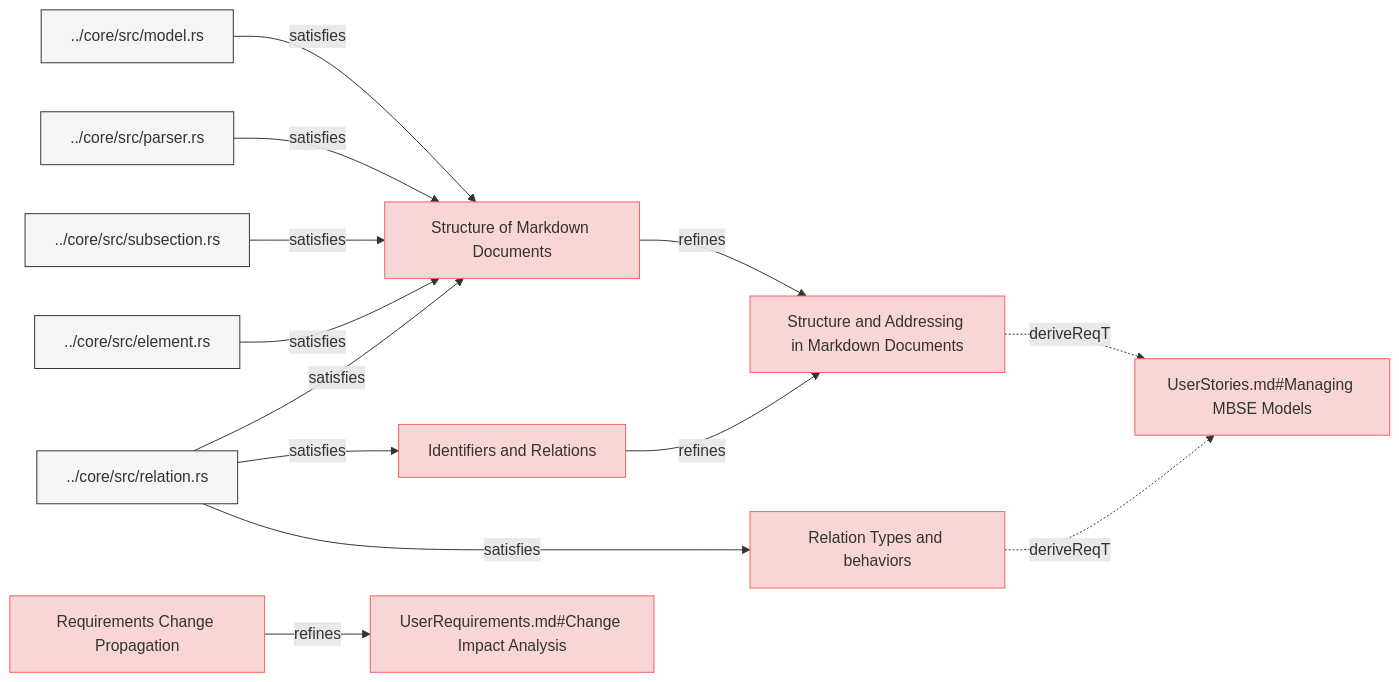
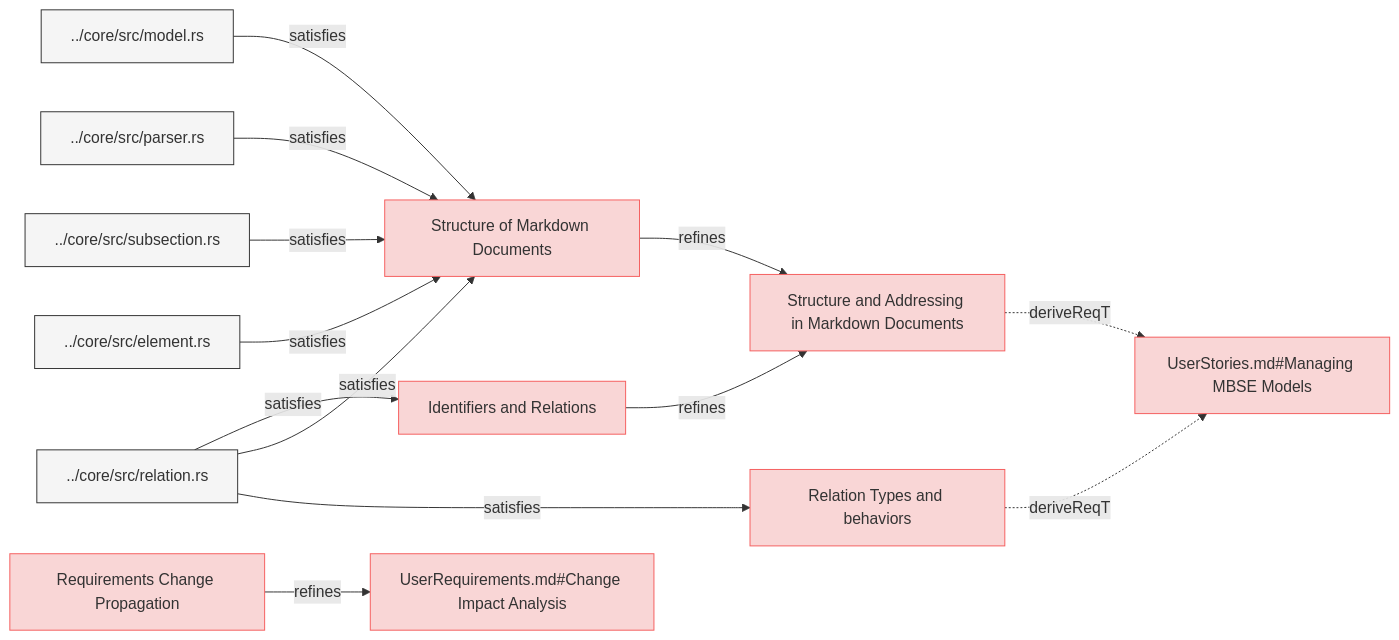
The first of 3 diagrams in specifications/SpecificationsRequirements.md (reqvire-org/reqvire), drawn with Mermaid before and after one commit. The commit also changed 16 other files, not shown here.

````diff
--- a/specifications/SpecificationsRequirements.md
+++ b/specifications/SpecificationsRequirements.md
@@ -4,57 +4,57 @@
 ```mermaid
 graph LR;
   %% Graph styling
   classDef requirement fill:#f9d6d6,stroke:#f55f5f,stroke-width:1px;
   classDef verification fill:#d6f9d6,stroke:#5fd75f,stroke-width:1px;
   classDef externalLink fill:#d0e0ff,stroke:#3080ff,stroke-width:1px;
   classDef default fill:#f5f5f5,stroke:#333333,stroke-width:1px;
 
-  a9d2746640af5d30["Structure and Addressing in Markdown Documents"];
-  click a9d2746640af5d30 "https://github.com/Reqvire/reqvire/blob/b8c43d2689b933838bf1838d8a4cdf3393c9014f/specifications/SpecificationsRequirements.md#structure-and-addressing-in-markdown-documents";
-  class a9d2746640af5d30 requirement;
+  29eb679eef252d12["Relation Types and behaviors"];
+  click 29eb679eef252d12 "https://github.com/Reqvire/reqvire/blob/92e82ef235559b4819fd85d700024b79b452d8e3/specifications/SpecificationsRequirements.md#relation-types-and-behaviors";
+  class 29eb679eef252d12 requirement;
   c75ac8fa29479ca5["UserStories.md#Managing MBSE Models"];
   class c75ac8fa29479ca5 requirement;
-  click c75ac8fa29479ca5 "https://github.com/Reqvire/reqvire/blob/b8c43d2689b933838bf1838d8a4cdf3393c9014f/specifications/UserStories.md#managing-mbse-models";
-  a9d2746640af5d30 -.->|deriveReqT| c75ac8fa29479ca5;
-  29eb679eef252d12["Relation Types and behaviors"];
-  click 29eb679eef252d12 "https://github.com/Reqvire/reqvire/blob/b8c43d2689b933838bf1838d8a4cdf3393c9014f/specifications/SpecificationsRequirements.md#relation-types-and-behaviors";
-  class 29eb679eef252d12 requirement;
+  click c75ac8fa29479ca5 "https://github.com/Reqvire/reqvire/blob/92e82ef235559b4819fd85d700024b79b452d8e3/specifications/UserStories.md#managing-mbse-models";
   29eb679eef252d12 -.->|deriveReqT| c75ac8fa29479ca5;
   a01a924ab0c27629["../core/src/relation.rs"];
   class a01a924ab0c27629 default;
-  click a01a924ab0c27629 "https://github.com/Reqvire/reqvire/blob/b8c43d2689b933838bf1838d8a4cdf3393c9014f/core/src/relation.rs";
+  click a01a924ab0c27629 "https://github.com/Reqvire/reqvire/blob/92e82ef235559b4819fd85d700024b79b452d8e3/core/src/relation.rs";
   a01a924ab0c27629 -->|satisfies| 29eb679eef252d12;
-  34ac784ed0e00552["Identifiers and Relations"];
-  click 34ac784ed0e00552 "https://github.com/Reqvire/reqvire/blob/b8c43d2689b933838bf1838d8a4cdf3393c9014f/specifications/SpecificationsRequirements.md#identifiers-and-relations";
-  class 34ac784ed0e00552 requirement;
-  34ac784ed0e00552 -->|refines| a9d2746640af5d30;
-  a01a924ab0c27629 -->|satisfies| 34ac784ed0e00552;
+  a9d2746640af5d30["Structure and Addressing in Markdown Documents"];
+  click a9d2746640af5d30 "https://github.com/Reqvire/reqvire/blob/92e82ef235559b4819fd85d700024b79b452d8e3/specifications/SpecificationsRequirements.md#structure-and-addressing-in-markdown-documents";
+  class a9d2746640af5d30 requirement;
+  a9d2746640af5d30 -.->|deriveReqT| c75ac8fa29479ca5;
   11082285c19e9df["Structure of Markdown Documents"];
-  click 11082285c19e9df "https://github.com/Reqvire/reqvire/blob/b8c43d2689b933838bf1838d8a4cdf3393c9014f/specifications/SpecificationsRequirements.md#structure-of-markdown-documents";
+  click 11082285c19e9df "https://github.com/Reqvire/reqvire/blob/92e82ef235559b4819fd85d700024b79b452d8e3/specifications/SpecificationsRequirements.md#structure-of-markdown-documents";
   class 11082285c19e9df requirement;
   11082285c19e9df -->|refines| a9d2746640af5d30;
   a01a924ab0c27629 -->|satisfies| 11082285c19e9df;
   3e5e5aa2d6181644["../core/src/element.rs"];
   class 3e5e5aa2d6181644 default;
-  click 3e5e5aa2d6181644 "https://github.com/Reqvire/reqvire/blob/b8c43d2689b933838bf1838d8a4cdf3393c9014f/core/src/element.rs";
+  click 3e5e5aa2d6181644 "https://github.com/Reqvire/reqvire/blob/92e82ef235559b4819fd85d700024b79b452d8e3/core/src/element.rs";
   3e5e5aa2d6181644 -->|satisfies| 11082285c19e9df;
   aaf2fdce0a90bd2c["../core/src/subsection.rs"];
   class aaf2fdce0a90bd2c default;
-  click aaf2fdce0a90bd2c "https://github.com/Reqvire/reqvire/blob/b8c43d2689b933838bf1838d8a4cdf3393c9014f/core/src/subsection.rs";
+  click aaf2fdce0a90bd2c "https://github.com/Reqvire/reqvire/blob/92e82ef235559b4819fd85d700024b79b452d8e3/core/src/subsection.rs";
   aaf2fdce0a90bd2c -->|satisfies| 11082285c19e9df;
   dfd639447d711d62["../core/src/parser.rs"];
   class dfd639447d711d62 default;
-  click dfd639447d711d62 "https://github.com/Reqvire/reqvire/blob/b8c43d2689b933838bf1838d8a4cdf3393c9014f/core/src/parser.rs";
+  click dfd639447d711d62 "https://github.com/Reqvire/reqvire/blob/92e82ef235559b4819fd85d700024b79b452d8e3/core/src/parser.rs";
   dfd639447d711d62 -->|satisfies| 11082285c19e9df;
   36fd2b1e82621caf["../core/src/model.rs"];
   class 36fd2b1e82621caf default;
-  click 36fd2b1e82621caf "https://github.com/Reqvire/reqvire/blob/b8c43d2689b933838bf1838d8a4cdf3393c9014f/core/src/model.rs";
+  click 36fd2b1e82621caf "https://github.com/Reqvire/reqvire/blob/92e82ef235559b4819fd85d700024b79b452d8e3/core/src/model.rs";
   36fd2b1e82621caf -->|satisfies| 11082285c19e9df;
+  34ac784ed0e00552["Identifiers and Relations"];
+  click 34ac784ed0e00552 "https://github.com/Reqvire/reqvire/blob/92e82ef235559b4819fd85d700024b79b452d8e3/specifications/SpecificationsRequirements.md#identifiers-and-relations";
+  class 34ac784ed0e00552 requirement;
+  34ac784ed0e00552 -->|refines| a9d2746640af5d30;
+  a01a924ab0c27629 -->|satisfies| 34ac784ed0e00552;
   d914e938be7e0abf["Requirements Change Propagation"];
-  click d914e938be7e0abf "https://github.com/Reqvire/reqvire/blob/b8c43d2689b933838bf1838d8a4cdf3393c9014f/specifications/SpecificationsRequirements.md#requirements-change-propagation";
+  click d914e938be7e0abf "https://github.com/Reqvire/reqvire/blob/92e82ef235559b4819fd85d700024b79b452d8e3/specifications/SpecificationsRequirements.md#requirements-change-propagation";
   class d914e938be7e0abf requirement;
   c699ef8d6d1f99d1["UserRequirements.md#Change Impact Analysis"];
   class c699ef8d6d1f99d1 requirement;
-  click c699ef8d6d1f99d1 "https://github.com/Reqvire/reqvire/blob/b8c43d2689b933838bf1838d8a4cdf3393c9014f/specifications/UserRequirements.md#change-impact-analysis";
+  click c699ef8d6d1f99d1 "https://github.com/Reqvire/reqvire/blob/92e82ef235559b4819fd85d700024b79b452d8e3/specifications/UserRequirements.md#change-impact-analysis";
   d914e938be7e0abf -->|refines| c699ef8d6d1f99d1;
 ```
````
